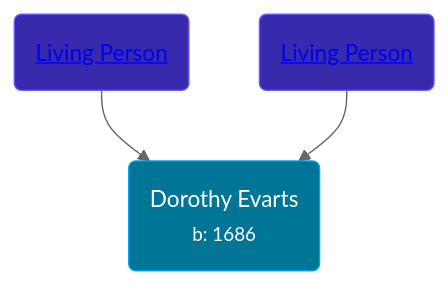
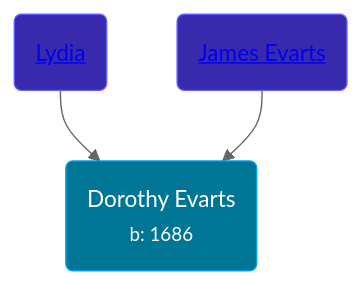
The diagram in pages/people/5/59501816.md (wpmgotkh/wpmgotkh.github.io), drawn with Mermaid (neutral theme) before and after one commit. The commit also changed other lines of this file and 586 other files, not shown here.

Commit message:
feat: better shouldConsiderPersonLiving algo

````diff
--- a/pages/people/5/59501816.md
+++ b/pages/people/5/59501816.md
@@ -10,9 +10,9 @@
 ```mermaid
 graph
 classDef grands fill:#193cb8,stroke:#2b7fff,stroke-width:1px,color:#fff;
 classDef parents fill:#372aac,stroke:#615fff,stroke-width:1px,color:#fff;
 classDef primary fill:#007595,stroke:#00a6f4,stroke-width:1px,color:#fff;
 59501816(Dorothy Evarts<br /><small>b: 1686</small>):::primary
-35247110(<a class="text-white" href="/people/3/35247110">Living Person</a>):::parents-->59501816
-86538784(<a class="text-white" href="/people/8/86538784">Living Person</a>):::parents-->59501816
+35247110(<a class="text-white" href="/people/3/35247110">Lydia </a>):::parents-->59501816
+86538784(<a class="text-white" href="/people/8/86538784">James Evarts</a>):::parents-->59501816
 ```
````
